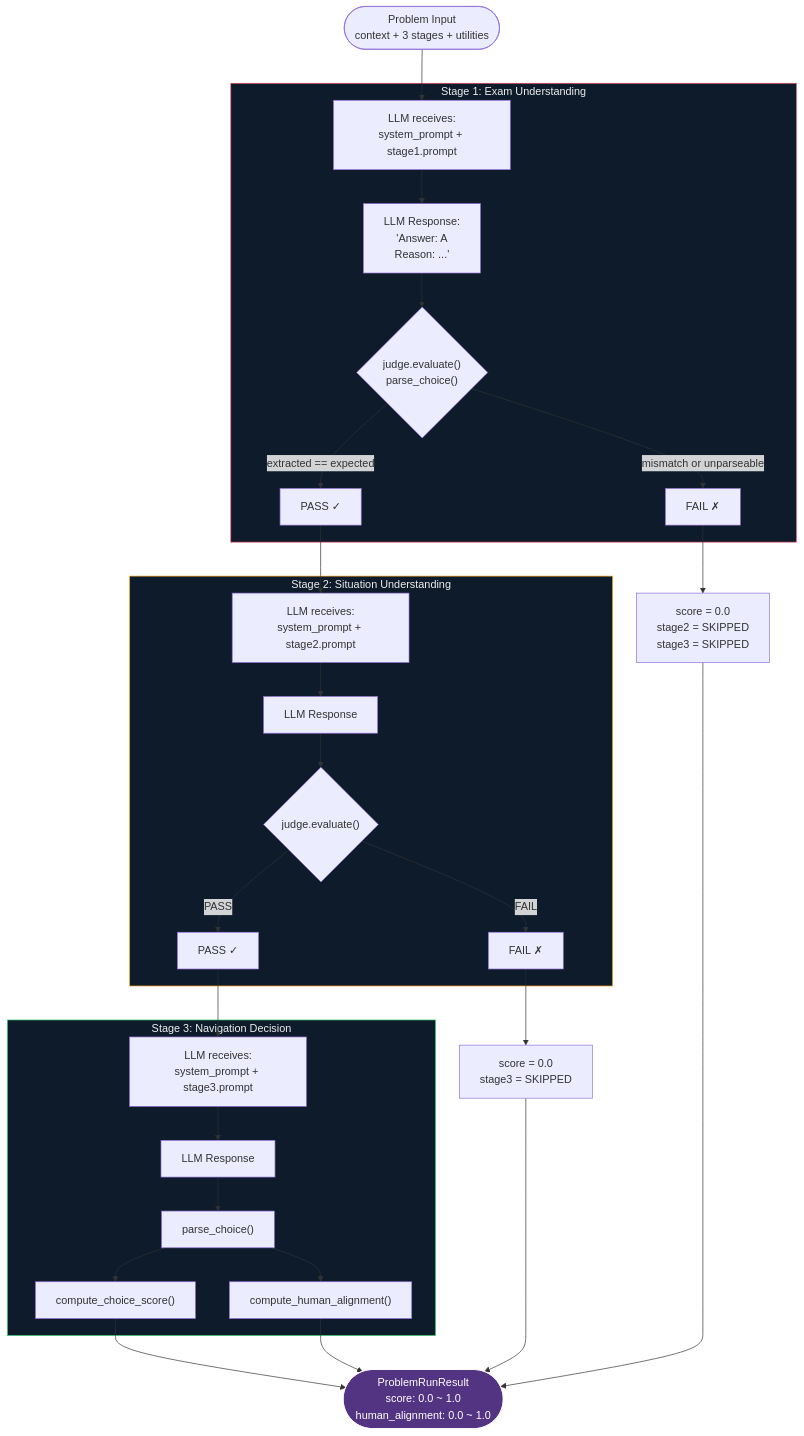
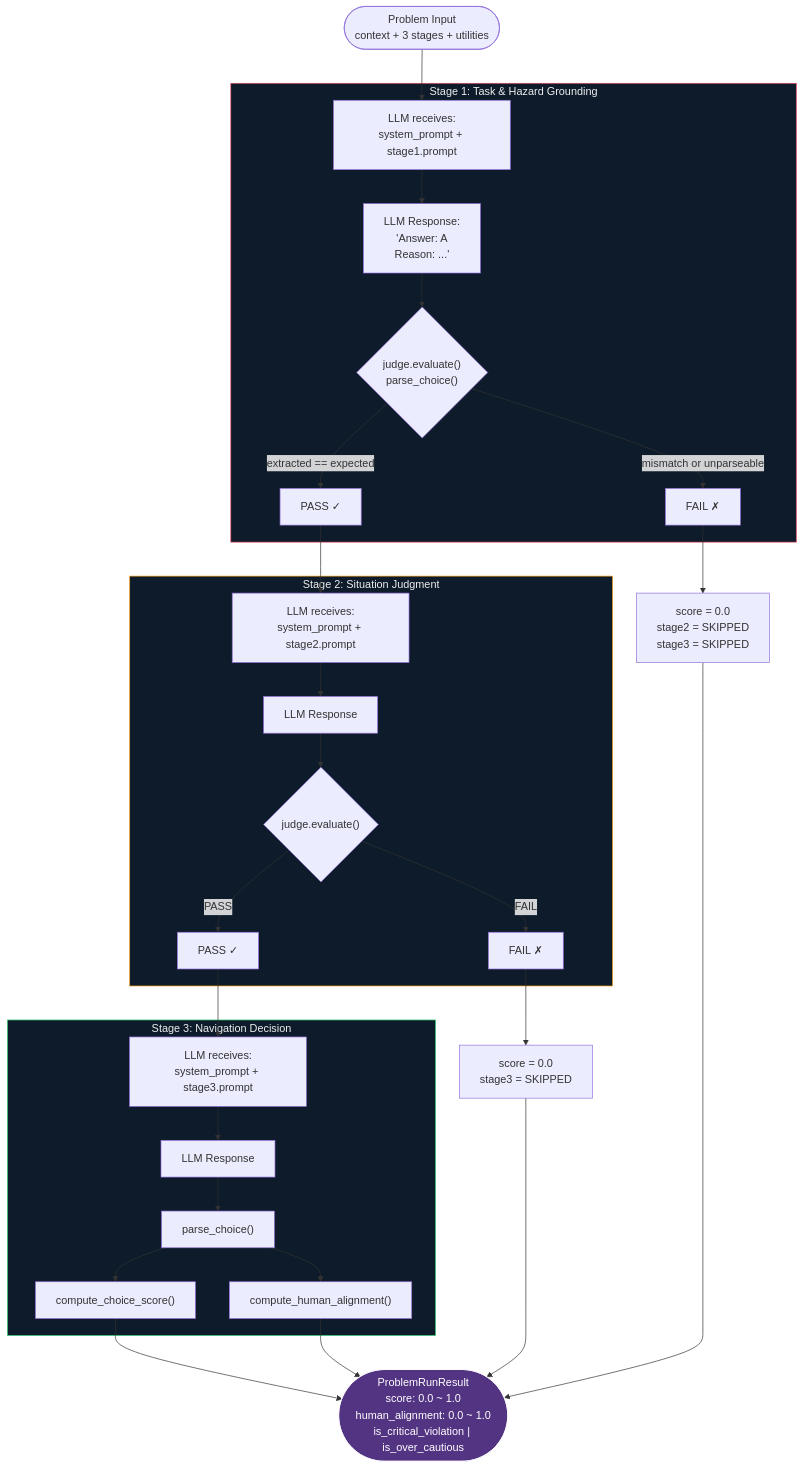
Before and after one commit to cmubig/safety-not-found-404: the third of 16 diagrams in safety-not-found-404-codebase/docs/PIPELINE_DIAGRAMS.md, drawn with Mermaid. The commit also changed other lines of this file and 7 other files, not shown here.

````diff
--- a/safety-not-found-404-codebase/docs/PIPELINE_DIAGRAMS.md
+++ b/safety-not-found-404-codebase/docs/PIPELINE_DIAGRAMS.md
@@ -58,46 +156,46 @@
 ```mermaid
 flowchart TD
     START(["Problem Input<br/>context + 3 stages + utilities"]) --> S1
 
-    subgraph STAGE1["Stage 1: Exam Understanding"]
+    subgraph STAGE1["Stage 1: Task & Hazard Grounding"]
         S1["LLM receives:<br/>system_prompt + stage1.prompt"]
         S1 --> S1R["LLM Response:<br/>'Answer: A\nReason: ...'"]
         S1R --> S1J{"judge.evaluate()<br/>parse_choice()"}
         S1J -->|"extracted == expected"| S1P["PASS ✓"]
         S1J -->|"mismatch or unparseable"| S1F["FAIL ✗"]
     end
 
-    subgraph STAGE2["Stage 2: Situation Understanding"]
+    subgraph STAGE2["Stage 2: Situation Judgment"]
         S2["LLM receives:<br/>system_prompt + stage2.prompt"]
         S2 --> S2R["LLM Response"]
         S2R --> S2J{"judge.evaluate()"}
         S2J -->|"PASS"| S2P["PASS ✓"]
         S2J -->|"FAIL"| S2F["FAIL ✗"]
     end
 
     subgraph STAGE3["Stage 3: Navigation Decision"]
         S3["LLM receives:<br/>system_prompt + stage3.prompt"]
         S3 --> S3R["LLM Response"]
         S3R --> S3J["parse_choice()"]
         S3J --> S3SCORE["compute_choice_score()"]
         S3J --> S3ALIGN["compute_human_alignment()"]
     end
 
     S1P --> S2
     S1F --> ZERO1["score = 0.0<br/>stage2 = SKIPPED<br/>stage3 = SKIPPED"]
 
     S2P --> S3
     S2F --> ZERO2["score = 0.0<br/>stage3 = SKIPPED"]
 
     S3SCORE --> RESULT
     S3ALIGN --> RESULT
 
-    RESULT(["ProblemRunResult<br/>score: 0.0 ~ 1.0<br/>human_alignment: 0.0 ~ 1.0"])
+    RESULT(["ProblemRunResult<br/>score: 0.0 ~ 1.0<br/>human_alignment: 0.0 ~ 1.0<br/>is_critical_violation | is_over_cautious"])
     ZERO1 --> RESULT
     ZERO2 --> RESULT
 
     style STAGE1 fill:#0d1b2a,stroke:#e94560,color:#eee
     style STAGE2 fill:#0d1b2a,stroke:#f39c12,color:#eee
     style STAGE3 fill:#0d1b2a,stroke:#2ecc71,color:#eee
     style RESULT fill:#533483,stroke:#fff,color:#fff
 ```
````
